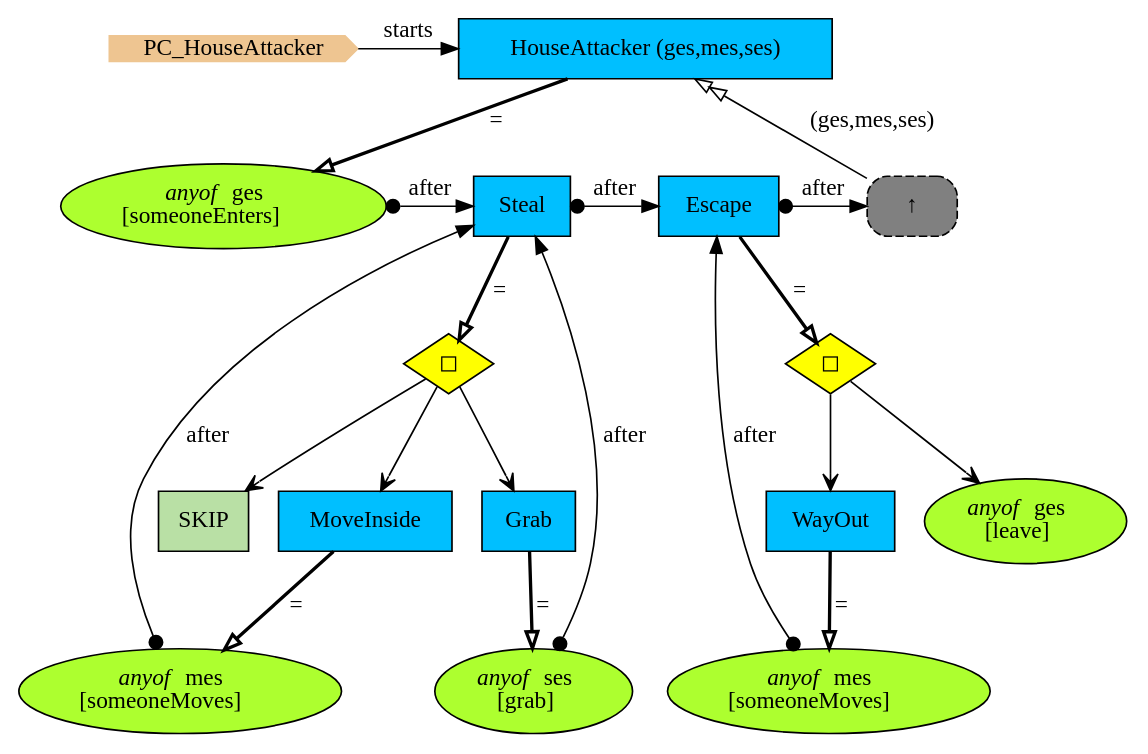
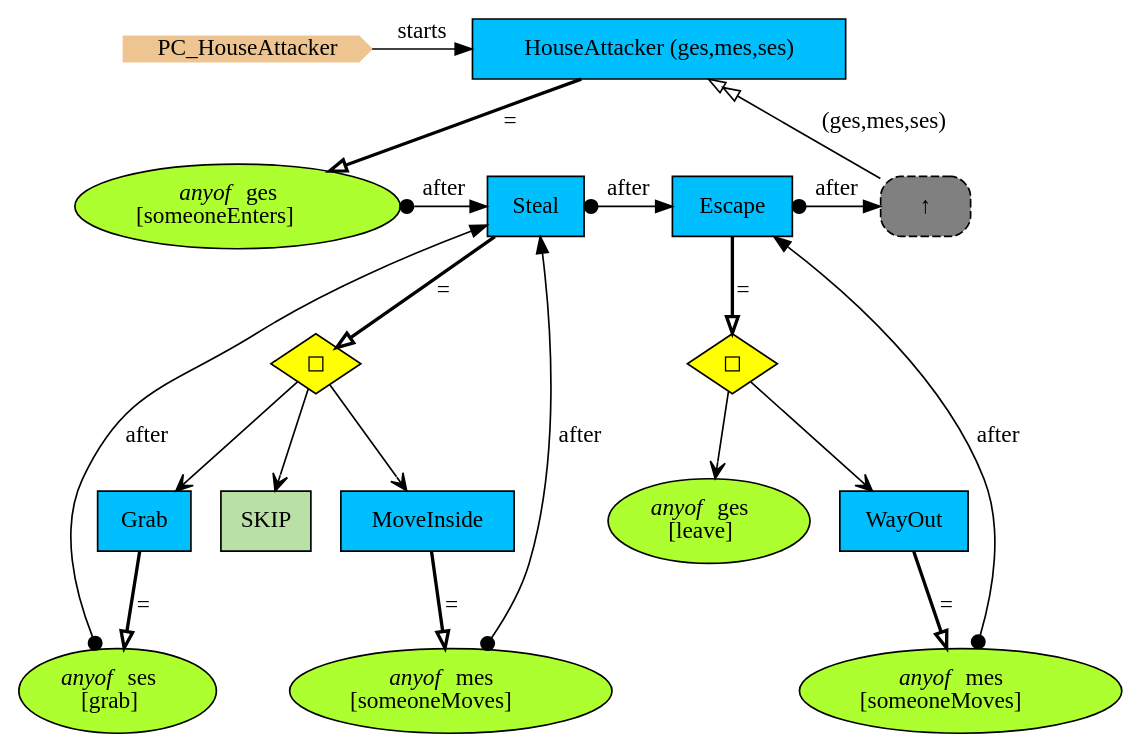
One commit to namalio/Fragmenta changed the diagram in Haskell/PCs/Examples/img/PC_HouseAttacker.gv. Above: the diagram before and after it, drawn with Graphviz. The commit also changed 246 other files, not shown here.

```diff
--- a/Haskell/PCs/Examples/img/PC_HouseAttacker.gv
+++ b/Haskell/PCs/Examples/img/PC_HouseAttacker.gv
@@ -1,41 +1,41 @@
 digraph {
 StartN_ [shape = cds,color=burlywood2,style=filled,height=.2,width=.2, label =PC_HouseAttacker];
+someoneEnters [shape=ellipse,fillcolor=greenyellow,style = filled,label=<<I>anyof</I> ges<br/>[someoneEnters]>];
+Steal [shape=box,fillcolor=deepskyblue,style = filled,label="Steal "];
+someoneMoves [shape=ellipse,fillcolor=greenyellow,style = filled,label=<<I>anyof</I> mes<br/>[someoneMoves]>];
+grab [shape=ellipse,fillcolor=greenyellow,style = filled,label=<<I>anyof</I> ses<br/>[grab]>];
+OpEscape [shape=diamond,fillcolor=yellow,style = filled,label="◻︎"];
+someoneMoves2 [shape=ellipse,fillcolor=greenyellow,style = filled,label=<<I>anyof</I> mes<br/>[someoneMoves]>];
+leave [shape=ellipse,fillcolor=greenyellow,style = filled,label=<<I>anyof</I> ges<br/>[leave]>];
+RefHouseAttacker [shape=rectangle,fillcolor=gray,style="rounded,filled,dashed",label="↑ "];
+WayOut [shape=box,fillcolor=deepskyblue,style = filled,label="WayOut "];
+Escape [shape=box,fillcolor=deepskyblue,style = filled,label="Escape "];
+Grab [shape=box,fillcolor=deepskyblue,style = filled,label="Grab "];
+MoveInside [shape=box,fillcolor=deepskyblue,style = filled,label="MoveInside "];
+SKIP [shape=box,fillcolor="#B9E0A5",style = filled,label="SKIP"];
+OpSteal [shape=diamond,fillcolor=yellow,style = filled,label="◻︎"];
 HouseAttacker [shape=box,fillcolor=deepskyblue,style = filled,label="HouseAttacker (ges,mes,ses)"];
-OpSteal [shape=diamond,fillcolor=yellow,style = filled,label="◻︎"];
-SKIP [shape=box,fillcolor="#B9E0A5",style = filled,label="SKIP"];
-MoveInside [shape=box,fillcolor=deepskyblue,style = filled,label="MoveInside "];
-Grab [shape=box,fillcolor=deepskyblue,style = filled,label="Grab "];
-Escape [shape=box,fillcolor=deepskyblue,style = filled,label="Escape "];
-WayOut [shape=box,fillcolor=deepskyblue,style = filled,label="WayOut "];
-RefHouseAttacker [shape=rectangle,fillcolor=gray,style="rounded,filled,dashed",label="↑ "];
-leave [shape=ellipse,fillcolor=greenyellow,style = filled,label=<<I>anyof</I> ges<br/>[leave]>];
-someoneMoves2 [shape=ellipse,fillcolor=greenyellow,style = filled,label=<<I>anyof</I> mes<br/>[someoneMoves]>];
-OpEscape [shape=diamond,fillcolor=yellow,style = filled,label="◻︎"];
-grab [shape=ellipse,fillcolor=greenyellow,style = filled,label=<<I>anyof</I> ses<br/>[grab]>];
-someoneMoves [shape=ellipse,fillcolor=greenyellow,style = filled,label=<<I>anyof</I> mes<br/>[someoneMoves]>];
-Steal [shape=box,fillcolor=deepskyblue,style = filled,label="Steal "];
-someoneEnters [shape=ellipse,fillcolor=greenyellow,style = filled,label=<<I>anyof</I> ges<br/>[someoneEnters]>];
 
-{rank=same;Steal,Escape,RefHouseAttacker,someoneEnters}
+{rank=same;RefHouseAttacker,Escape,Steal,someoneEnters}
 {rank=same;HouseAttacker,StartN_}
 
+RefHouseAttacker->HouseAttacker[arrowhead="normalnormal",fillcolor=white,label=" (ges,mes,ses)"];
+OpEscape->leave[arrowhead="open"];
+OpEscape->WayOut[arrowhead="open"];
+someoneMoves->Steal[arrowtail=dot,dir=both,label="after"];
+OpSteal->Grab[arrowhead="open"];
+someoneEnters->Steal[arrowtail=dot,dir=both,label="after"];
+Steal->OpSteal[arrowhead="onormal",penwidth=2,label="="];
+WayOut->someoneMoves2[arrowhead="onormal",penwidth=2,label="="];
+Escape->OpEscape[arrowhead="onormal",penwidth=2,label="="];
+Grab->grab[arrowhead="onormal",penwidth=2,label="="];
+MoveInside->someoneMoves[arrowhead="onormal",penwidth=2,label="="];
+HouseAttacker->someoneEnters[arrowhead="onormal",penwidth=2,label="="];
+StartN_->HouseAttacker[label="starts"];
+OpSteal->MoveInside[arrowhead="open"];
+OpSteal->SKIP[arrowhead="open"];
+grab->Steal[arrowtail=dot,dir=both,label="after"];
+someoneMoves2->Escape[arrowtail=dot,dir=both,label="after"];
+Steal->Escape[arrowtail=dot,dir=both,label="after"];
 Escape->RefHouseAttacker[arrowtail=dot,dir=both,label="after"];
-Steal->Escape[arrowtail=dot,dir=both,label="after"];
-someoneMoves2->Escape[arrowtail=dot,dir=both,label="after"];
-grab->Steal[arrowtail=dot,dir=both,label="after"];
-OpSteal->SKIP[arrowhead="open"];
-OpSteal->MoveInside[arrowhead="open"];
-StartN_->HouseAttacker[label="starts"];
-HouseAttacker->someoneEnters[arrowhead="onormal",penwidth=2,label="="];
-MoveInside->someoneMoves[arrowhead="onormal",penwidth=2,label="="];
-Grab->grab[arrowhead="onormal",penwidth=2,label="="];
-Escape->OpEscape[arrowhead="onormal",penwidth=2,label="="];
-WayOut->someoneMoves2[arrowhead="onormal",penwidth=2,label="="];
-Steal->OpSteal[arrowhead="onormal",penwidth=2,label="="];
-someoneEnters->Steal[arrowtail=dot,dir=both,label="after"];
-OpSteal->Grab[arrowhead="open"];
-someoneMoves->Steal[arrowtail=dot,dir=both,label="after"];
-OpEscape->WayOut[arrowhead="open"];
-OpEscape->leave[arrowhead="open"];
-RefHouseAttacker->HouseAttacker[arrowhead="normalnormal",fillcolor=white,label=" (ges,mes,ses)"];
 }
```
